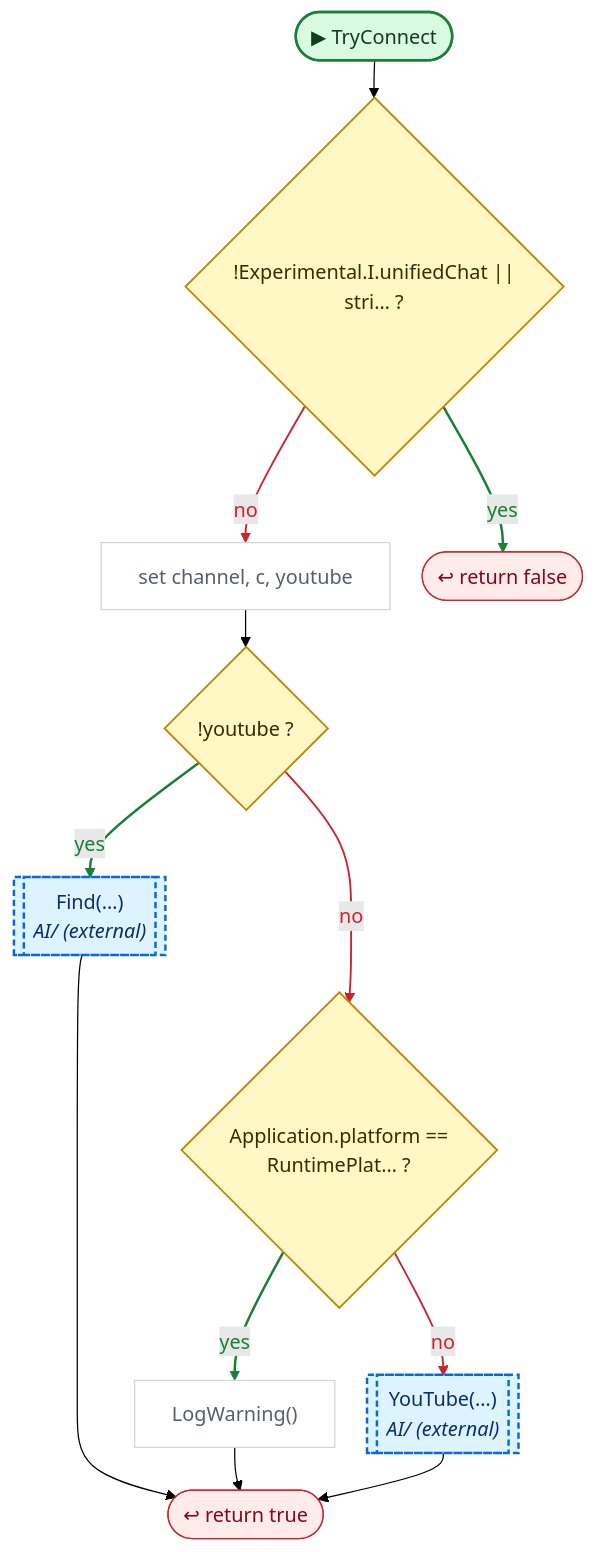
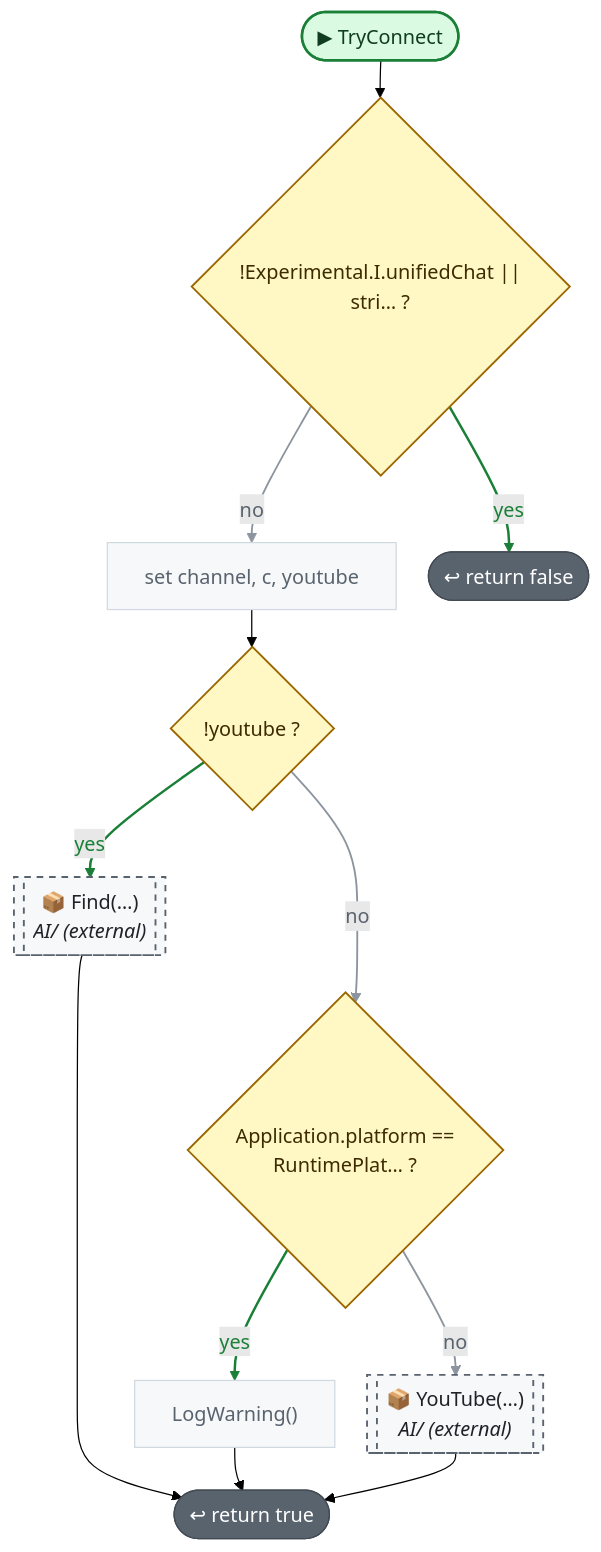
One commit to nataiai/Lord-of-the-Dungeon changed the second of 8 diagrams in CodeGraph~/graph/AI/UnifiedChat.cs.md. Above: the diagram before and after it, drawn with Mermaid (forest theme). The commit also changed other lines of this file and 57 other files, not shown here.

````diff
--- a/CodeGraph~/graph/AI/UnifiedChat.cs.md
+++ b/CodeGraph~/graph/AI/UnifiedChat.cs.md
@@ -60,57 +62,57 @@
 ```mermaid
 ---
 config:
   flowchart:
     wrappingWidth: 260
     nodeSpacing: 26
     rankSpacing: 30
 ---
 flowchart TD
   nS(["▶ TryConnect"])
   nbeaa22{"!Experimental.I.unifiedChat #124;#124;<br>stri… ?"}
   nd149f6["set channel, c, youtube"]
   n5f2129{"!youtube ?"}
-  n3de441[["Find(…)<br><i>AI/ (external)</i>"]]
+  n3de441[["📦 Find(…)<br><i>AI/ (external)</i>"]]
   n62a2e3{"Application.platform ==<br>RuntimePlat… ?"}
   nd87f3c["LogWarning()"]
-  n61852f[["YouTube(…)<br><i>AI/ (external)</i>"]]
+  n61852f[["📦 YouTube(…)<br><i>AI/ (external)</i>"]]
   n1902d3(["↩ return false"])
   nb1e3d6(["↩ return true"])
   nS --> nbeaa22
   nbeaa22 -->|no| nd149f6
   nbeaa22 -->|yes| n1902d3
   nd149f6 --> n5f2129
   n5f2129 -->|yes| n3de441
   n3de441 ~~~ n62a2e3
   n5f2129 -->|no| n62a2e3
   n62a2e3 -->|yes| nd87f3c
   n62a2e3 -->|no| n61852f
   n3de441 --> nb1e3d6
   nd87f3c --> nb1e3d6
   n61852f --> nb1e3d6
-  linkStyle 1 stroke:#cf222e,stroke-width:1.5px,color:#cf222e
+  linkStyle 1 stroke:#8c959f,stroke-width:1.5px,color:#59636e
   linkStyle 2 stroke:#1a7f37,stroke-width:2px,color:#1a7f37
   linkStyle 4 stroke:#1a7f37,stroke-width:2px,color:#1a7f37
-  linkStyle 6 stroke:#cf222e,stroke-width:1.5px,color:#cf222e
+  linkStyle 6 stroke:#8c959f,stroke-width:1.5px,color:#59636e
   linkStyle 7 stroke:#1a7f37,stroke-width:2px,color:#1a7f37
-  linkStyle 8 stroke:#cf222e,stroke-width:1.5px,color:#cf222e
+  linkStyle 8 stroke:#8c959f,stroke-width:1.5px,color:#59636e
   classDef unity fill:#dafbe1,stroke:#1a7f37,stroke-width:2px,color:#0f3d1d
   classDef start fill:#dafbe1,stroke:#1a7f37,stroke-width:2px,color:#0f3d1d
-  classDef calc fill:#ffffff,stroke:#d0d7de,color:#57606a
+  classDef calc fill:#f6f8fa,stroke:#d1d9e0,color:#59636e
   classDef calls fill:#ddf4ff,stroke:#0969da,stroke-width:2px,color:#0a3069
-  classDef ext fill:#ddf4ff,stroke:#0969da,stroke-width:2px,stroke-dasharray:5 3,color:#0a3069
-  classDef cond fill:#fff8c5,stroke:#bf8700,stroke-width:1.5px,color:#3d2a00
-  classDef loop fill:#f6f8fa,stroke:#57606a,color:#1f2328
-  classDef exit fill:#ffebe9,stroke:#cf222e,color:#82071e
+  classDef ext fill:#f6f8fa,stroke:#59636e,stroke-width:1.5px,stroke-dasharray:5 5,color:#1f2328
+  classDef cond fill:#fff8c5,stroke:#9a6700,stroke-width:1.5px,color:#3d2a00
+  classDef loop fill:#fff8c5,stroke:#9a6700,color:#3d2a00
+  classDef wait fill:#fff8c5,stroke:#9a6700,color:#3d2a00
+  classDef exit fill:#59636e,stroke:#424a53,color:#ffffff
+  classDef fin fill:#59636e,stroke:#424a53,color:#ffffff
+  classDef act fill:#ffffff,stroke:#59636e,stroke-width:1.5px,color:#1f2328
   classDef kill fill:#ffebe9,stroke:#cf222e,stroke-width:2px,color:#82071e
-  classDef spawn fill:#dafbe1,stroke:#1a7f37,stroke-width:2px,color:#0f3d1d
-  classDef wait fill:#fff1e5,stroke:#bc4c00,color:#4d1d00
-  classDef fin fill:#eaeef2,stroke:#8c959f,color:#57606a
   classDef join fill:#d0d7de,stroke:#8c959f,color:#57606a
   classDef ghdr fill:#f5f9ff,stroke:#f5f9ff,color:#0a3069,font-weight:bold
   class nd149f6,nd87f3c calc
   class nbeaa22,n5f2129,n62a2e3 cond
   class n1902d3,nb1e3d6 exit
   class n3de441,n61852f ext
   class nS start
 ```
````
